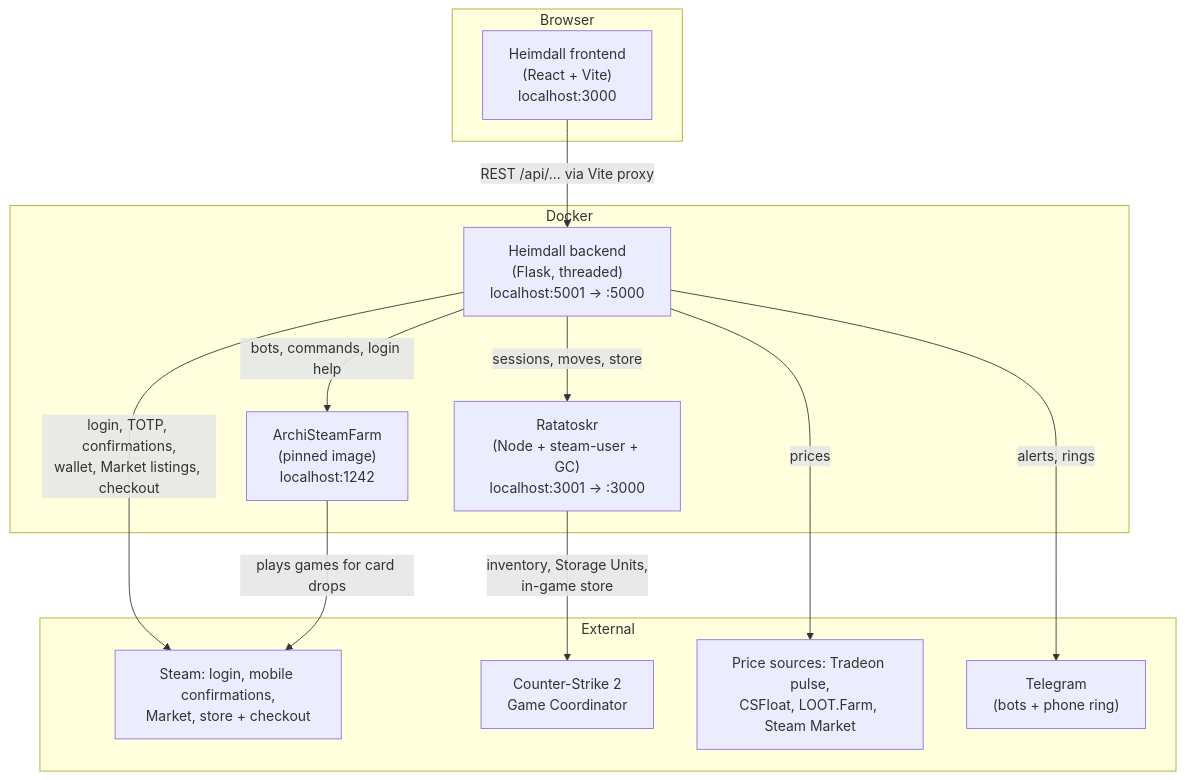
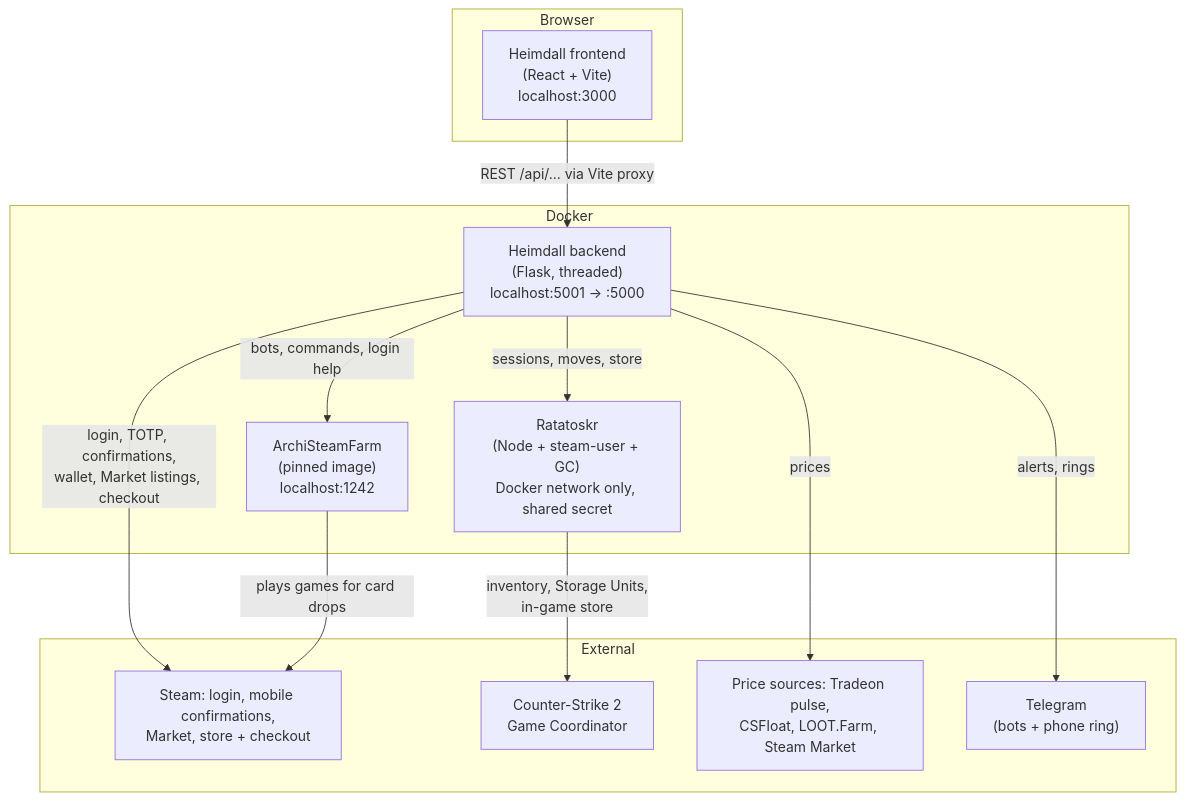
One commit to everthinq/steam-odin changed the first of 4 diagrams in ARCHITECTURE.md. Above: the diagram before and after it, drawn with Mermaid. The commit also changed 39 other files, not shown here.

First line of the commit message:
feat(ratatoskr): the backend moves items, the page only asks

````diff
--- a/ARCHITECTURE.md
+++ b/ARCHITECTURE.md
@@ -22,28 +22,28 @@
 ```mermaid
 flowchart TB
     subgraph Browser
         UI["Heimdall frontend<br/>(React + Vite)<br/>localhost:3000"]
     end
 
     subgraph Docker
         BE["Heimdall backend<br/>(Flask, threaded)<br/>localhost:5001 → :5000"]
-        RAT["Ratatoskr<br/>(Node + steam-user + GC)<br/>localhost:3001 → :3000"]
+        RAT["Ratatoskr<br/>(Node + steam-user + GC)<br/>Docker network only, shared secret"]
         ASF["ArchiSteamFarm<br/>(pinned image)<br/>localhost:1242"]
     end
 
     subgraph External
         STEAM["Steam: login, mobile confirmations,<br/>Market, store + checkout"]
         GC["Counter-Strike 2<br/>Game Coordinator"]
         PRICES["Price sources: Tradeon pulse,<br/>CSFloat, LOOT.Farm, Steam Market"]
         TG["Telegram<br/>(bots + phone ring)"]
     end
 
     UI -->|REST /api/... via Vite proxy| BE
     BE -->|sessions, moves, store| RAT
     BE -->|bots, commands, login help| ASF
     BE -->|login, TOTP, confirmations,<br/>wallet, Market listings, checkout| STEAM
     BE -->|prices| PRICES
     BE -->|alerts, rings| TG
     RAT -->|inventory, Storage Units,<br/>in-game store| GC
     ASF -->|plays games for card drops| STEAM
 ```
````
